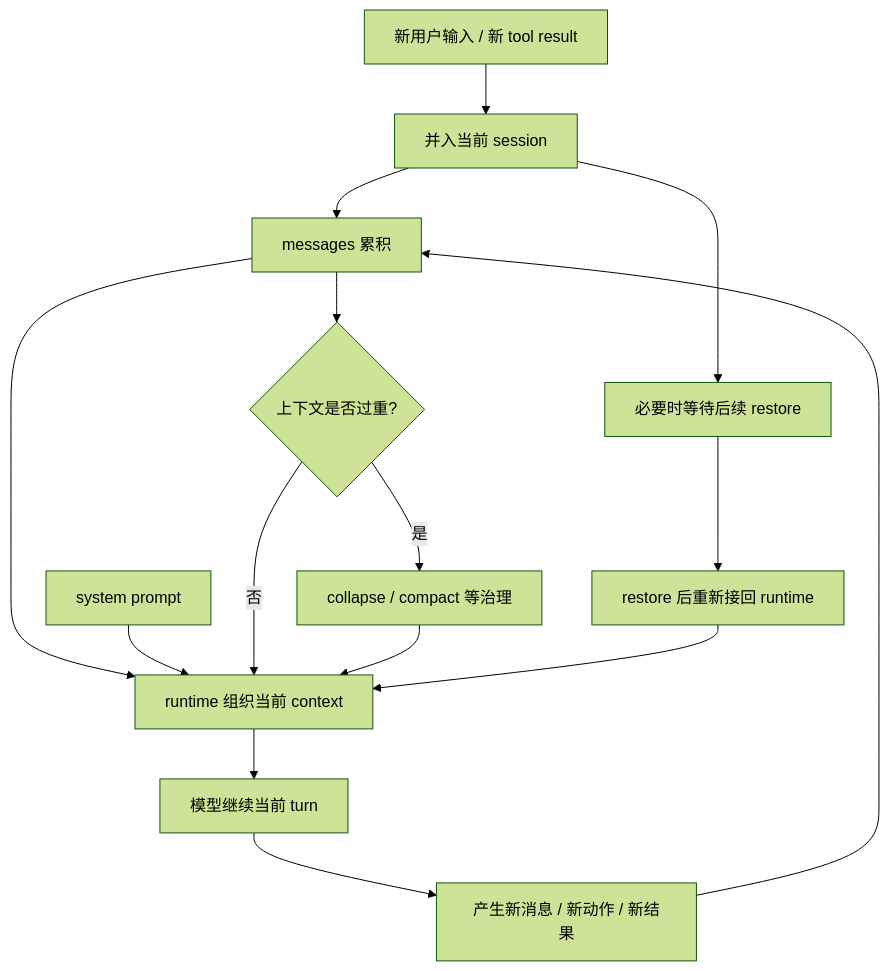
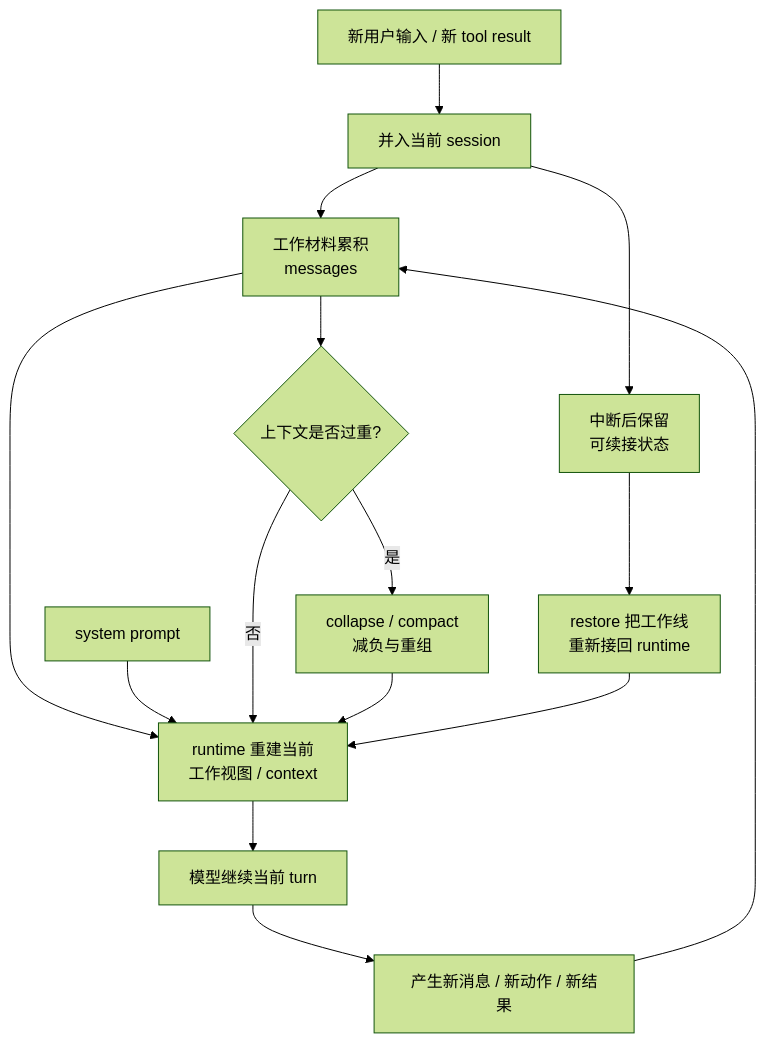
The diagram in docs/guidebookv2/volume-1/05-how-claude-code-maintains-context-state-and-continuity.md (T0UGH/claude-code-source-guide), drawn with Mermaid (forest theme) before and after one commit. The commit also changed other lines of this file, not shown here.

````diff
--- a/docs/guidebookv2/volume-1/05-how-claude-code-maintains-context-state-and-continuity.md
+++ b/docs/guidebookv2/volume-1/05-how-claude-code-maintains-context-state-and-continuity.md
@@ -65,17 +65,17 @@
 ```mermaid
 flowchart TD
     A[新用户输入 / 新 tool result] --> B[并入当前 session]
-    B --> C[messages 累积]
-    C --> D[runtime 组织当前 context]
+    B --> C[工作材料累积<br/>messages]
+    C --> D[runtime 重建当前<br/>工作视图 / context]
     S[system prompt] --> D
     D --> E[模型继续当前 turn]
     E --> F[产生新消息 / 新动作 / 新结果]
     F --> C
     C --> G{上下文是否过重?}
     G -- 否 --> D
-    G -- 是 --> H[collapse / compact 等治理]
+    G -- 是 --> H[collapse / compact<br/>减负与重组]
     H --> D
-    B --> I[必要时等待后续 restore]
-    I --> J[restore 后重新接回 runtime]
+    B --> I[中断后保留<br/>可续接状态]
+    I --> J[restore 把工作线<br/>重新接回 runtime]
     J --> D
 ```
````
